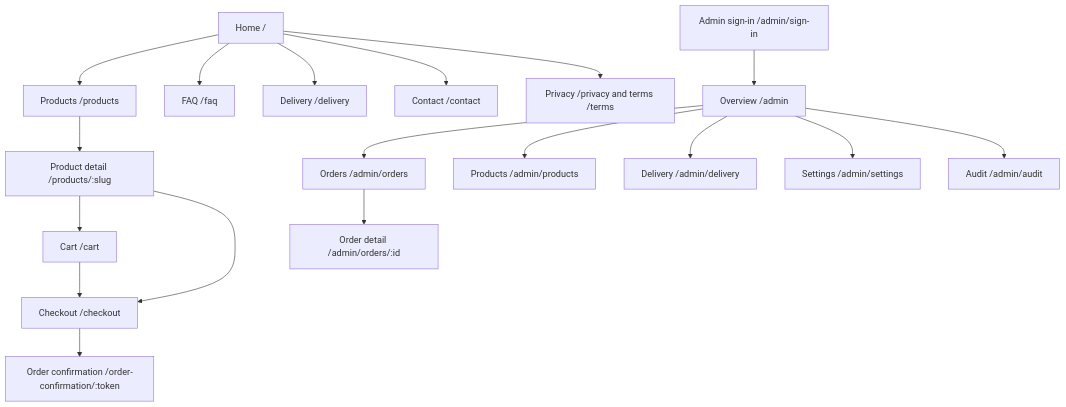
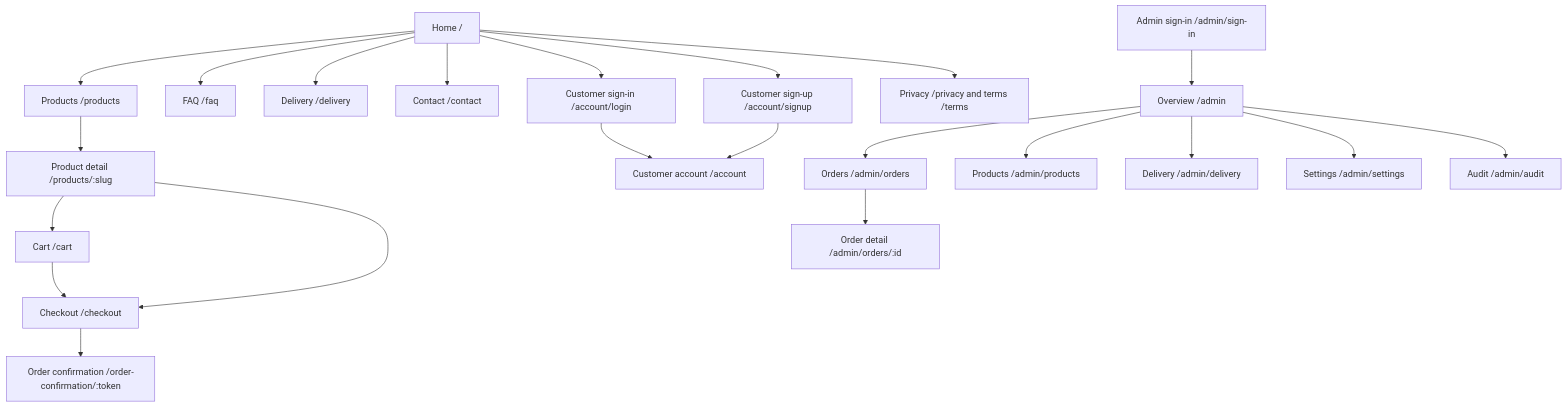
Before and after one commit to Almo3tasem200/olive-oil-engs: the first of 3 diagrams in PHASE-2-UX-ARCHITECTURE.md, drawn with Mermaid. The commit also changed other lines of this file and 35 other files, not shown here.

```diff
--- a/PHASE-2-UX-ARCHITECTURE.md
+++ b/PHASE-2-UX-ARCHITECTURE.md
@@ -27,20 +27,24 @@
 ~~~mermaid
 flowchart TD
   HOME[Home /] --> LIST[Products /products]
   HOME --> FAQ[FAQ /faq]
   HOME --> DELIVERY[Delivery /delivery]
   HOME --> CONTACT[Contact /contact]
+  HOME --> CUSTLOGIN[Customer sign-in /account/login]
+  HOME --> CUSTSIGNUP[Customer sign-up /account/signup]
+  CUSTLOGIN --> ACCOUNT[Customer account /account]
+  CUSTSIGNUP --> ACCOUNT
   LIST --> DETAIL[Product detail /products/:slug]
   DETAIL --> CART[Cart /cart]
   DETAIL --> CHECKOUT[Checkout /checkout]
   CART --> CHECKOUT
   CHECKOUT --> CONFIRM[Order confirmation /order-confirmation/:token]
   HOME --> LEGAL[Privacy /privacy and terms /terms]
   LOGIN[Admin sign-in /admin/sign-in] --> DASH[Overview /admin]
   DASH --> ORDERS[Orders /admin/orders]
   ORDERS --> ORDER[Order detail /admin/orders/:id]
   DASH --> PRODUCTS[Products /admin/products]
   DASH --> DELIVERYADMIN[Delivery /admin/delivery]
   DASH --> SETTINGS[Settings /admin/settings]
   DASH --> AUDIT[Audit /admin/audit]
 ~~~
```
